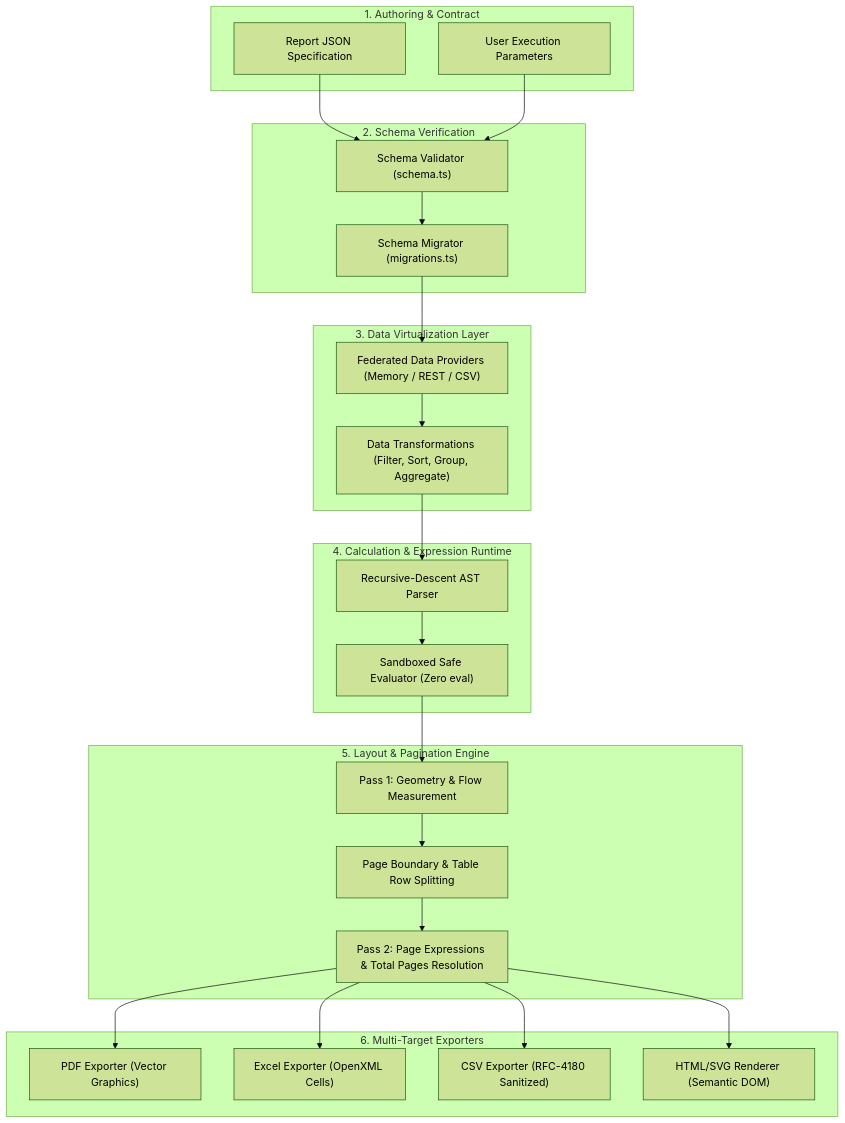
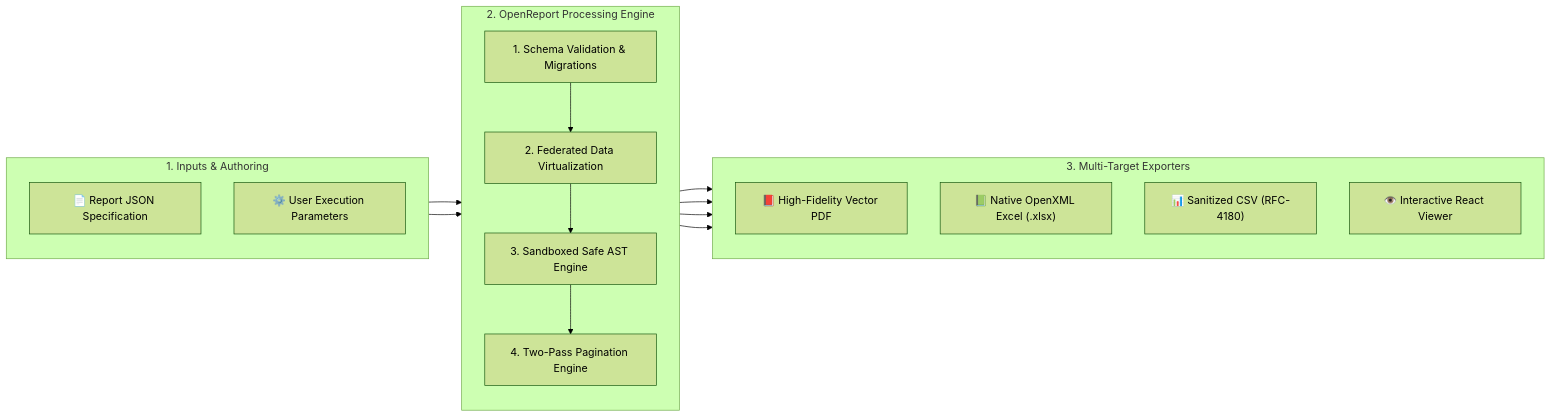
The first of 3 diagrams in docs/ARCHITECTURE.md (ssoad/OpenReport), drawn with Mermaid (forest theme) before and after one commit. The commit also changed other lines of this file and 1 other file, not shown here.

Commit message:
fix(docs): refine ARCHITECTURE layout with balanced widescreen pipeline, theme styling, and modern package topology

````diff
--- a/docs/ARCHITECTURE.md
+++ b/docs/ARCHITECTURE.md
@@ -44,50 +11,32 @@
 ```mermaid
-flowchart TD
-    subgraph Input ["1. Authoring & Contract"]
-        JSON["Report JSON Specification"]
-        PARAMS["User Execution Parameters"]
+flowchart LR
+    subgraph Inputs ["1. Inputs & Authoring"]
+        direction TB
+        JSON["📄 Report JSON Specification"]
+        PARAMS["⚙️ User Execution Parameters"]
     end
 
-    subgraph Validation ["2. Schema Verification"]
-        SCHEMA["Schema Validator (schema.ts)"]
-        MIGR["Schema Migrator (migrations.ts)"]
+    subgraph CoreEngine ["2. OpenReport Processing Engine"]
+        direction TB
+        VALID["1. Schema Validation & Migrations"]
+        DATA["2. Federated Data Virtualization"]
+        EXPR["3. Sandboxed Safe AST Engine"]
+        PAGINATE["4. Two-Pass Pagination Engine"]
+        VALID --> DATA --> EXPR --> PAGINATE
     end
 
-    subgraph DataEngine ["3. Data Virtualization Layer"]
-        PROV["Federated Data Providers (Memory / REST / CSV)"]
-        TRANS["Data Transformations (Filter, Sort, Group, Aggregate)"]
+    subgraph Exporters ["3. Multi-Target Exporters"]
+        direction TB
+        PDF["📕 High-Fidelity Vector PDF"]
+        XLSX["📗 Native OpenXML Excel (.xlsx)"]
+        CSV["📊 Sanitized CSV (RFC-4180)"]
+        VIEWER["👁️ Interactive React Viewer"]
     end
 
-    subgraph Expressions ["4. Calculation & Expression Runtime"]
-        AST["Recursive-Descent AST Parser"]
-        EVAL["Sandboxed Safe Evaluator (Zero eval)"]
-    end
-
-    subgraph LayoutEngine ["5. Layout & Pagination Engine"]
-        PASS1["Pass 1: Geometry & Flow Measurement"]
-        SPLIT["Page Boundary & Table Row Splitting"]
-        PASS2["Pass 2: Page Expressions & Total Pages Resolution"]
-    end
-
-    subgraph Exporters ["6. Multi-Target Exporters"]
-        PDF["PDF Exporter (Vector Graphics)"]
-        XLSX["Excel Exporter (OpenXML Cells)"]
-        CSV["CSV Exporter (RFC-4180 Sanitized)"]
-        HTML["HTML/SVG Renderer (Semantic DOM)"]
-    end
-
-    JSON --> SCHEMA
-    PARAMS --> SCHEMA
-    SCHEMA --> MIGR
-    MIGR --> PROV
-    PROV --> TRANS
-    TRANS --> AST
-    AST --> EVAL
-    EVAL --> PASS1
-    PASS1 --> SPLIT
-    SPLIT --> PASS2
-    PASS2 --> PDF
-    PASS2 --> XLSX
-    PASS2 --> CSV
-    PASS2 --> HTML
+    JSON --> VALID
+    PARAMS --> VALID
+    PAGINATE --> PDF
+    PAGINATE --> XLSX
+    PAGINATE --> CSV
+    PAGINATE --> VIEWER
 ```
````
